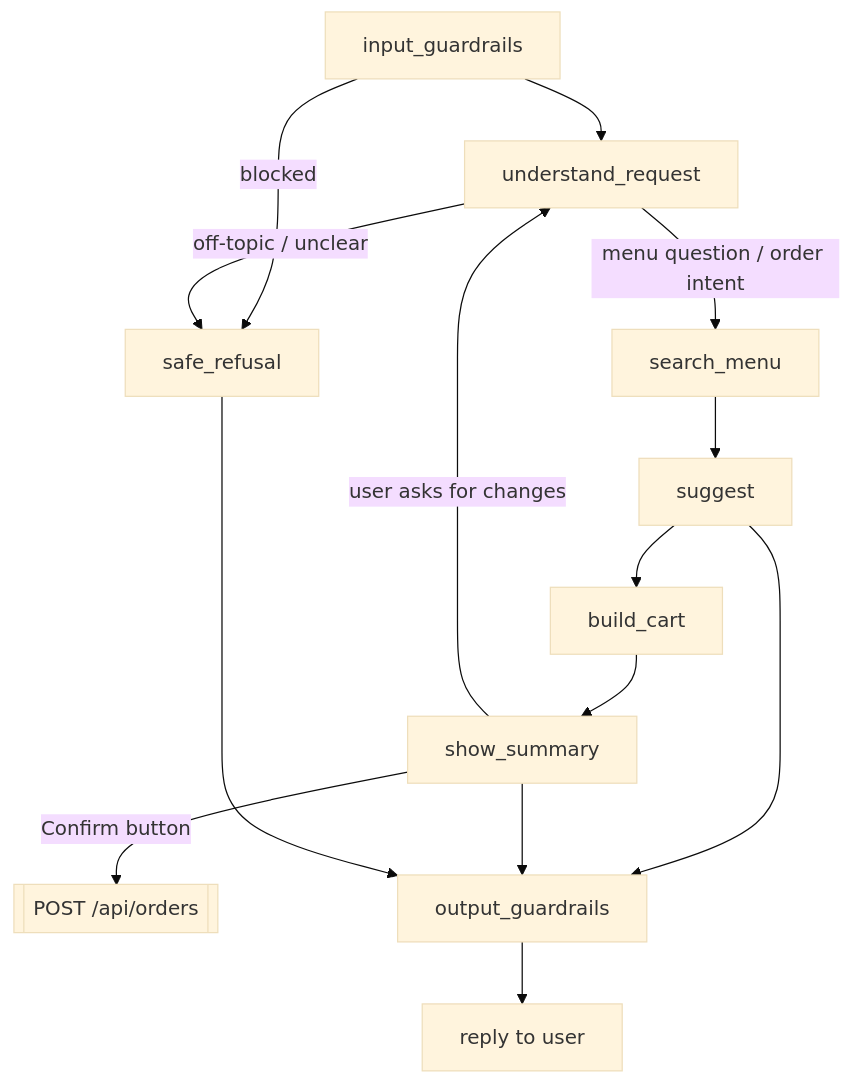
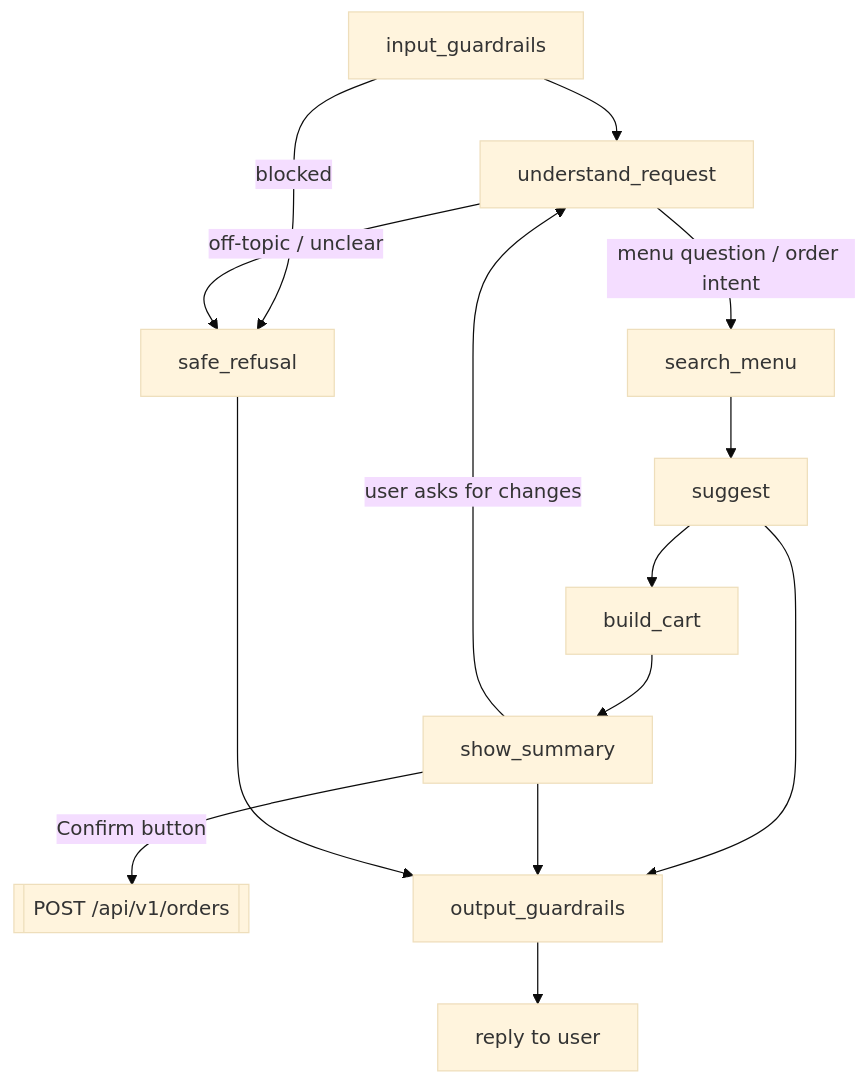
The diagram in docs/architecture.md (sodiumcodes/restro-bot), drawn with Mermaid (base theme) before and after one commit. The commit also changed other lines of this file and 1 other file, not shown here.

Commit message:
fix: update API endpoints to include versioning in paths

````diff
--- a/docs/architecture.md
+++ b/docs/architecture.md
@@ -37,16 +37,16 @@
 ```mermaid
 flowchart TD
     A[input_guardrails] -->|blocked| Z[safe_refusal]
     A --> B[understand_request]
     B -->|menu question / order intent| C[search_menu]
     B -->|off-topic / unclear| Z
     C --> D[suggest]
     D --> E[build_cart]
     E --> F[show_summary]
     F -->|user asks for changes| B
-    F -->|Confirm button| G[[POST /api/orders]]
+    F -->|Confirm button| G[[POST /api/v1/orders]]
     D --> H[output_guardrails]
     F --> H
     Z --> H
     H --> R[reply to user]
 ```
````
